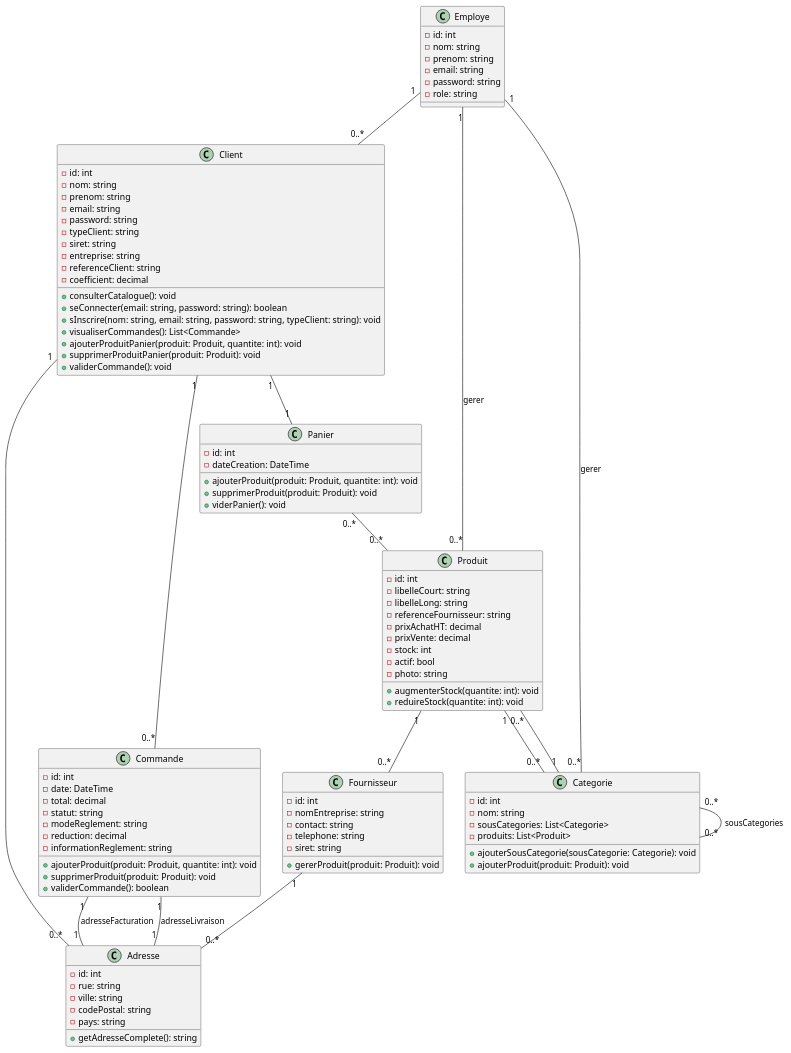
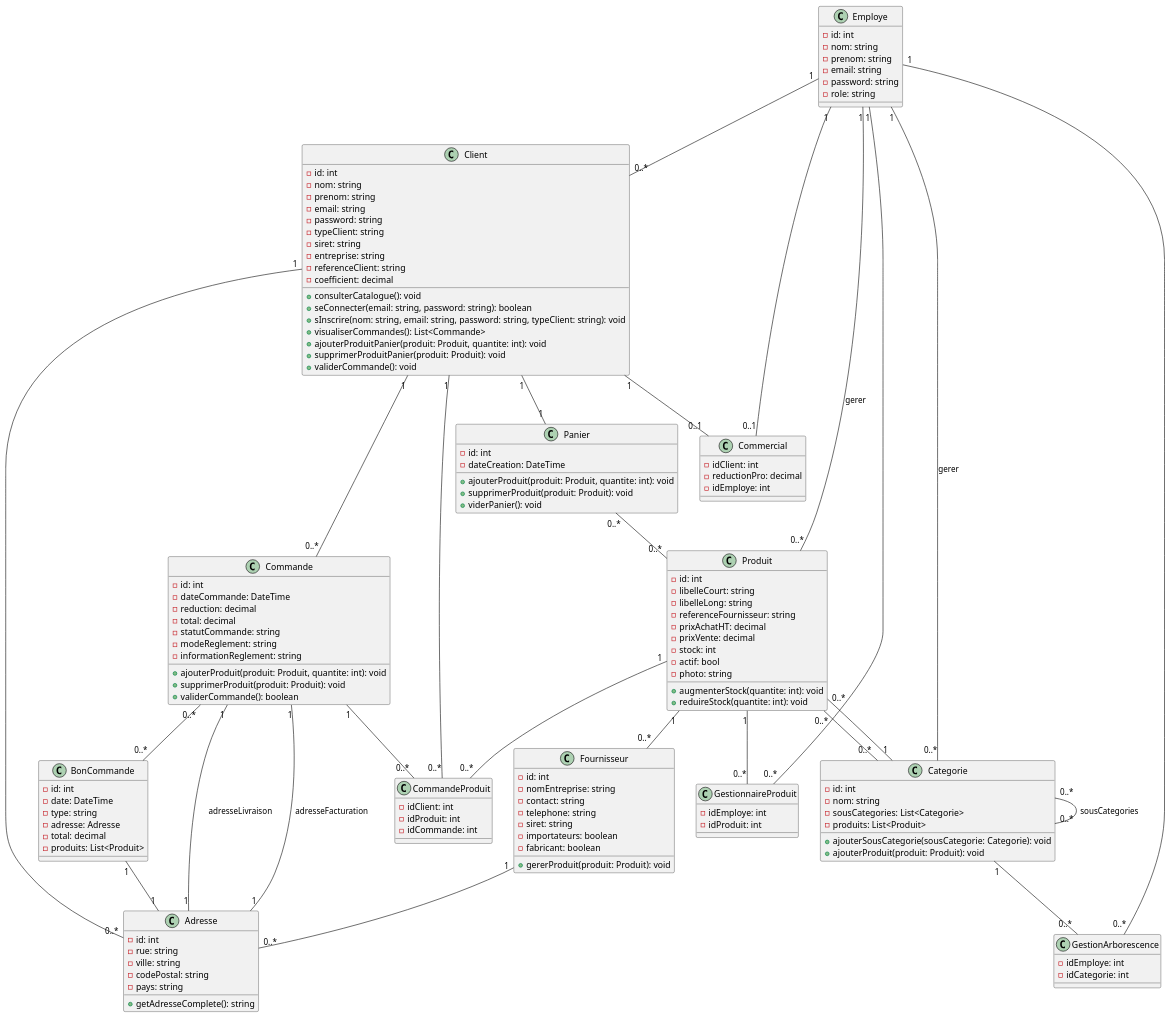
Before and after one commit to clemence95/villagegreen: the diagram in modelisation/diagramme_classe.plantuml, drawn with PlantUML.

```diff
--- a/modelisation/diagramme_classe.plantuml
+++ b/modelisation/diagramme_classe.plantuml
@@ -1,110 +1,158 @@
 @startuml diagramme_classe
 
 class Client {
     - id: int
     - nom: string
     - prenom: string
     - email: string
     - password: string
     - typeClient: string
     - siret: string
     - entreprise: string
     - referenceClient: string
     - coefficient: decimal
     + consulterCatalogue(): void
     + seConnecter(email: string, password: string): boolean
     + sInscrire(nom: string, email: string, password: string, typeClient: string): void
     + visualiserCommandes(): List<Commande>
     + ajouterProduitPanier(produit: Produit, quantite: int): void
     + supprimerProduitPanier(produit: Produit): void
     + validerCommande(): void
 }
 
 class Adresse {
     - id: int
     - rue: string
     - ville: string
     - codePostal: string
     - pays: string
     + getAdresseComplete(): string
 }
 
 class Employe {
     - id: int
     - nom: string
     - prenom: string
     - email: string
     - password: string
     - role: string
 }
 
 class Produit {
     - id: int
     - libelleCourt: string
     - libelleLong: string
     - referenceFournisseur: string
     - prixAchatHT: decimal
     - prixVente: decimal
     - stock: int
     - actif: bool
     - photo: string
     + augmenterStock(quantite: int): void
     + reduireStock(quantite: int): void
 }
 
 class Categorie {
     - id: int
     - nom: string
     - sousCategories: List<Categorie>
     - produits: List<Produit>
     + ajouterSousCategorie(sousCategorie: Categorie): void
     + ajouterProduit(produit: Produit): void
 }
 
 class Fournisseur {
     - id: int
     - nomEntreprise: string
     - contact: string
     - telephone: string
     - siret: string
+    - importateurs: boolean
+    - fabricant: boolean
     + gererProduit(produit: Produit): void
 }
 
 class Commande {
     - id: int
-    - date: DateTime
+    - dateCommande: DateTime
+    - reduction: decimal
     - total: decimal
-    - statut: string
+    - statutCommande: string
     - modeReglement: string
-    - reduction: decimal
     - informationReglement: string
     + ajouterProduit(produit: Produit, quantite: int): void
     + supprimerProduit(produit: Produit): void
     + validerCommande(): boolean
 }
 
 class Panier {
     - id: int
     - dateCreation: DateTime
     + ajouterProduit(produit: Produit, quantite: int): void
     + supprimerProduit(produit: Produit): void
     + viderPanier(): void
 }
 
+class BonCommande {
+    - id: int
+    - date: DateTime
+    - type: string
+    - adresse: Adresse
+    - total: decimal
+    - produits: List<Produit>
+}
+
+class CommandeProduit {
+    - idClient: int
+    - idProduit: int
+    - idCommande: int
+}
+
+class Commercial {
+    - idClient: int
+    - reductionPro: decimal
+    - idEmploye: int
+}
+
+class GestionnaireProduit {
+    - idEmploye: int
+    - idProduit: int
+}
+
+class GestionArborescence {
+    - idEmploye: int
+    - idCategorie: int
+}
+
 Client "1" -- "0..*" Commande
 Commande "1" -- "1" Adresse : adresseLivraison
 Commande "1" -- "1" Adresse : adresseFacturation
 Client "1" -- "0..*" Adresse
 Client "1" -- "1" Panier
 Employe "1" -- "0..*" Client
 Employe "1" -- "0..*" Produit : gerer
 Employe "1" -- "0..*" Categorie : gerer
 
 Produit "1" -- "0..*" Fournisseur
-Produit "1" -- "0..*" Categorie
+Produit "0..*" -- "0..*" Categorie
 Categorie "0..*" -- "0..*" Categorie : sousCategories
 Categorie "1" -- "0..*" Produit
 Fournisseur "1" -- "0..*" Adresse
 Panier "0..*" -- "0..*" Produit
+Commande "0..*" -- "0..*" BonCommande
+BonCommande "1" -- "1" Adresse
+
+Client "1" -- "0..*" CommandeProduit
+Commande "1" -- "0..*" CommandeProduit
+Produit "1" -- "0..*" CommandeProduit
+
+Client "1" -- "0..1" Commercial
+Employe "1" -- "0..1" Commercial
+
+Employe "1" -- "0..*" GestionnaireProduit
+Produit "1" -- "0..*" GestionnaireProduit
+
+Employe "1" -- "0..*" GestionArborescence
+Categorie "1" -- "0..*" GestionArborescence
 
 @enduml
```
